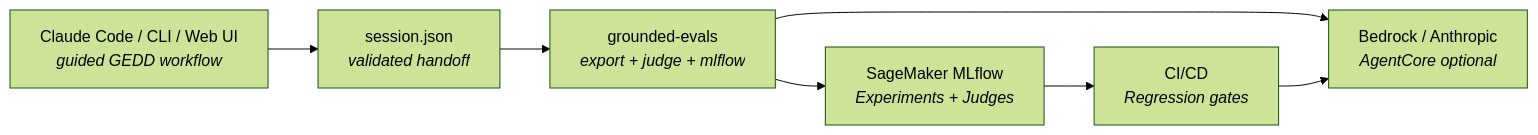
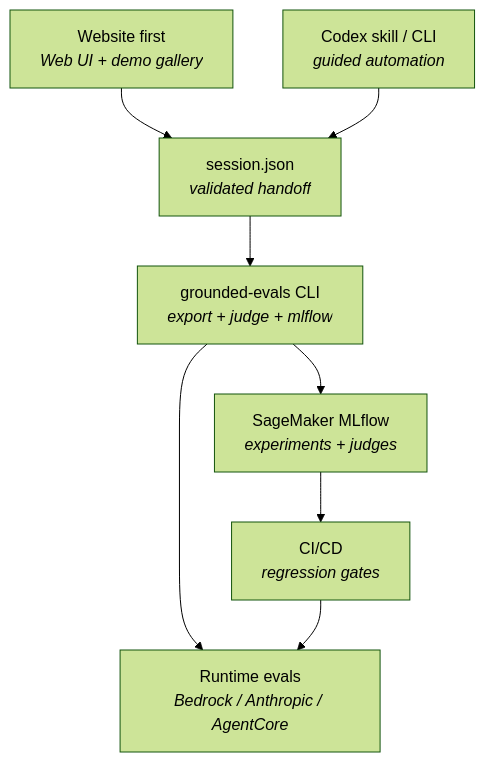
Before and after one commit to aws-samples/sample-GEDD: the third of 3 diagrams in README.md, drawn with Mermaid (forest theme).

Commit message:
Fix README architecture diagram

````diff
--- a/README.md
+++ b/README.md
@@ -295,9 +295,18 @@
 ```mermaid
-flowchart LR
-    CC["Claude Code / CLI / Web UI<br/><i>guided GEDD workflow</i>"] --> SJ["session.json<br/><i>validated handoff</i>"]
-    SJ --> CLI["grounded-evals<br/><i>export + judge + mlflow</i>"]
-    CLI --> SM["SageMaker MLflow<br/><i>Experiments + Judges</i>"]
-    CLI --> BR["Bedrock / Anthropic<br/><i>AgentCore optional</i>"]
-    SM --> CICD["CI/CD<br/><i>Regression gates</i>"]
-    CICD --> BR
+flowchart TD
+    WEB["Website first<br/><i>Web UI + demo gallery</i>"]
+    ASSIST["Codex skill / CLI<br/><i>guided automation</i>"]
+    SJ["session.json<br/><i>validated handoff</i>"]
+    CLI["grounded-evals CLI<br/><i>export + judge + mlflow</i>"]
+    RT["Runtime evals<br/><i>Bedrock / Anthropic / AgentCore</i>"]
+    SM["SageMaker MLflow<br/><i>experiments + judges</i>"]
+    CICD["CI/CD<br/><i>regression gates</i>"]
+
+    WEB --> SJ
+    ASSIST --> SJ
+    SJ --> CLI
+    CLI --> RT
+    CLI --> SM
+    SM --> CICD
+    CICD --> RT
 ```
````
